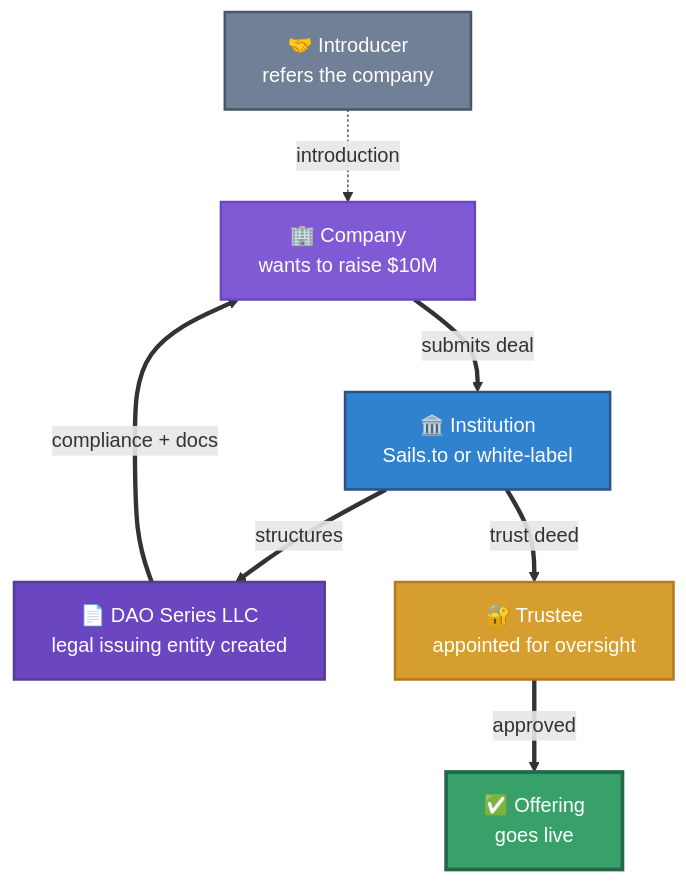
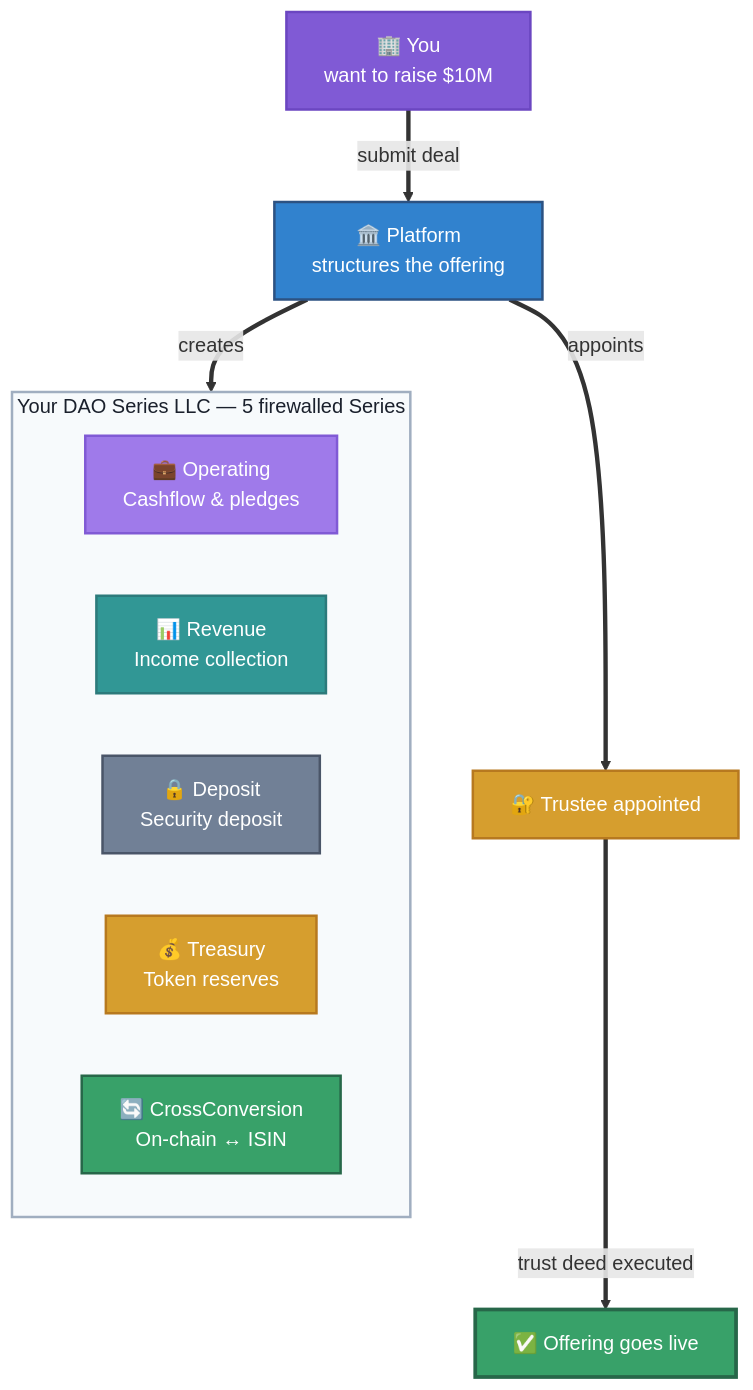
One commit to hrbrlife/sailsto_website changed the first of 16 diagrams in hugo-site/content/players.md. Above: the diagram before and after it, drawn with Mermaid. The commit also changed other lines of this file and 89 other files, not shown here.

```diff
--- a/hugo-site/content/players.md
+++ b/hugo-site/content/players.md
@@ -85,21 +73,28 @@
         <div class="mermaid">
         flowchart TD
-            INT["🤝 Introducer&lt;br/&gt;refers the company"]
-            ISS["🏢 Company&lt;br/&gt;wants to raise $10M"]
-            PLAT["🏛️ Institution&lt;br/&gt;Sails.to or white-label"]
-            DAO["📄 DAO Series LLC&lt;br/&gt;legal issuing entity created"]
-            TRU["🔐 Trustee&lt;br/&gt;appointed for oversight"]
-            LIVE["✅ Offering&lt;br/&gt;goes live"]
-            INT -.->|"introduction"| ISS
-            ISS ==>|"submits deal"| PLAT
-            PLAT ==>|"structures"| DAO
-            DAO ==>|"compliance + docs"| ISS
-            PLAT ==>|"trust deed"| TRU
-            TRU ==>|"approved"| LIVE
-            style INT fill:#718096,color:#fff,stroke:#4a5568,stroke-width:2px
-            style ISS fill:#805ad5,color:#fff,stroke:#6b46c1,stroke-width:2px
+            YOU["🏢 You&lt;br/&gt;want to raise $10M"]
+            PLAT["🏛️ Platform&lt;br/&gt;structures the offering"]
+            subgraph DAO["Your DAO Series LLC — 5 firewalled Series"]
+                OPS["💼 Operating&lt;br/&gt;Cashflow &amp; pledges"]
+                REV["📊 Revenue&lt;br/&gt;Income collection"]
+                DEP["🔒 Deposit&lt;br/&gt;Security deposit"]
+                TRS["💰 Treasury&lt;br/&gt;Token reserves"]
+                CCS["🔄 CrossConversion&lt;br/&gt;On-chain ↔ ISIN"]
+            end
+            TRU["🔐 Trustee appointed"]
+            LIVE["✅ Offering goes live"]
+            YOU ==>|"submit deal"| PLAT
+            PLAT ==>|"creates"| DAO
+            PLAT ==>|"appoints"| TRU
+            TRU ==>|"trust deed executed"| LIVE
+            style YOU fill:#805ad5,color:#fff,stroke:#6b46c1,stroke-width:2px
             style PLAT fill:#3182ce,color:#fff,stroke:#2c5282,stroke-width:2px
-            style DAO fill:#6b46c1,color:#fff,stroke:#553c9a,stroke-width:2px
+            style DAO fill:#f7fafc,color:#1a202c,stroke:#a0aec0,stroke-width:2px
+            style OPS fill:#9f7aea,color:#fff,stroke:#805ad5,stroke-width:2px
+            style REV fill:#319795,color:#fff,stroke:#2c7a7b,stroke-width:2px
+            style DEP fill:#718096,color:#fff,stroke:#4a5568,stroke-width:2px
+            style TRS fill:#d69e2e,color:#fff,stroke:#b7791f,stroke-width:2px
+            style CCS fill:#38a169,color:#fff,stroke:#276749,stroke-width:2px
             style TRU fill:#d69e2e,color:#fff,stroke:#b7791f,stroke-width:2px
             style LIVE fill:#38a169,color:#fff,stroke:#276749,stroke-width:3px
         </div>
```
